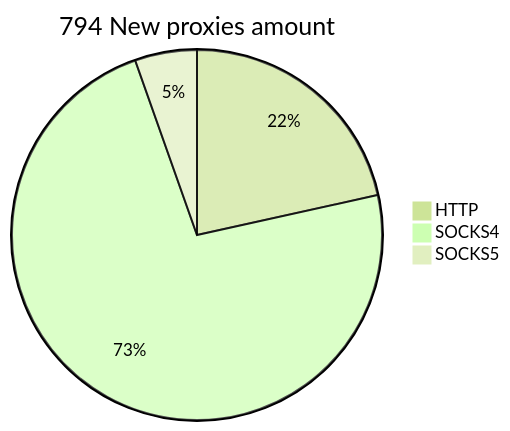
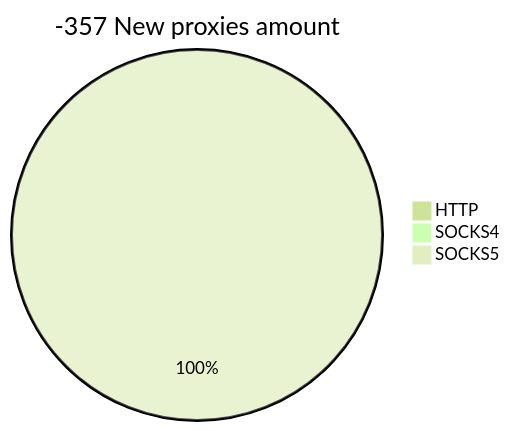
Before and after one commit to cutipu/proxylist: the second of 2 diagrams in README.md, drawn with Mermaid (forest theme). The commit also changed other lines of this file, not shown here.

````diff
--- a/README.md
+++ b/README.md
@@ -10,6 +10,6 @@
 ```mermaid
-pie title 794 New proxies amount
-    "HTTP" : 171
-    "SOCKS4" : 580
-    "SOCKS5" : 43
+pie title -357 New proxies amount
+    "HTTP" : 0
+    "SOCKS4" : 0
+    "SOCKS5" : 1
 ```
````
